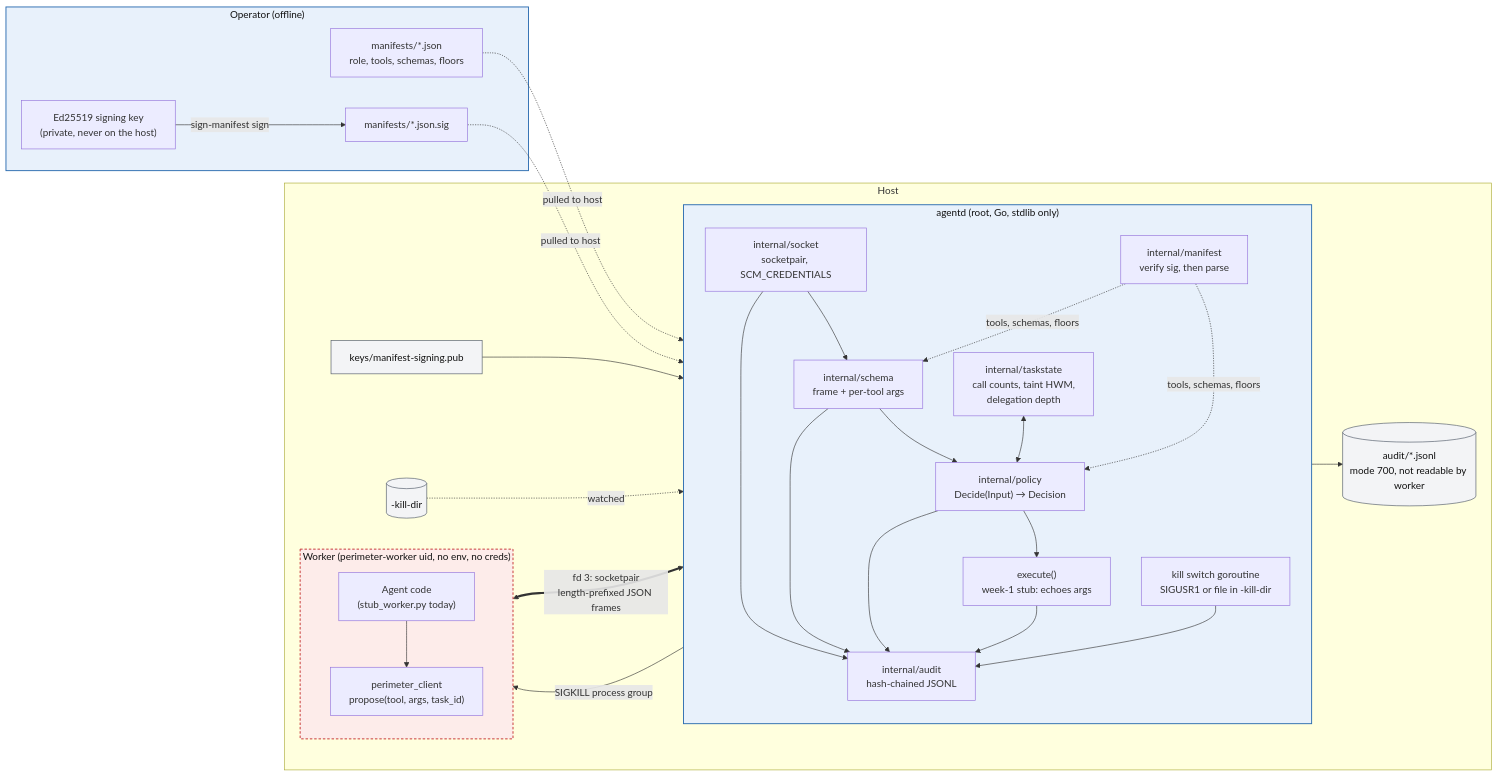
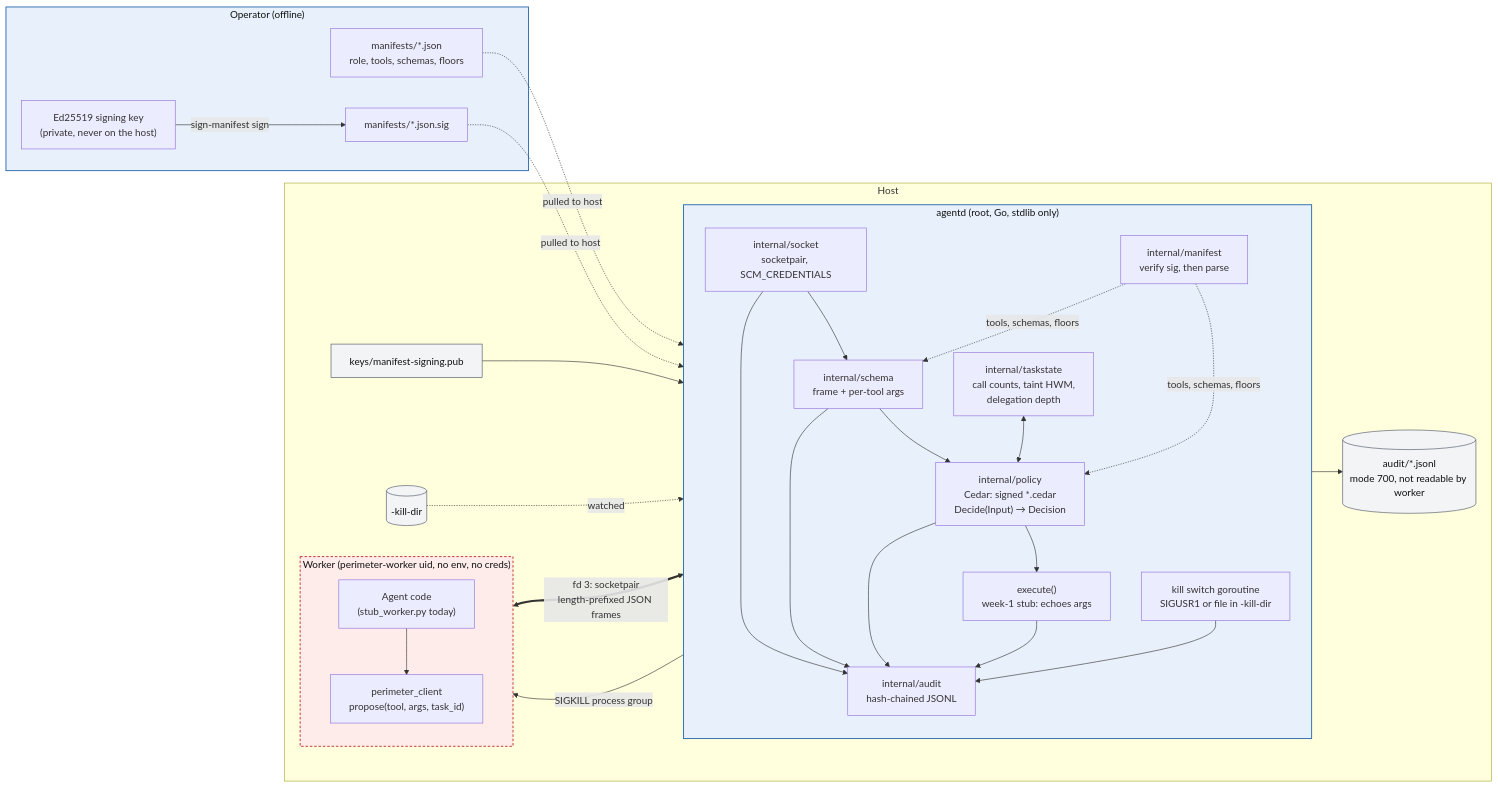
One commit to therealnoof/agent-perimeter- changed the first of 6 diagrams in docs/ARCHITECTURE.md. Above: the diagram before and after it, drawn with Mermaid. The commit also changed other lines of this file and 6 other files, not shown here.

````diff
--- a/docs/ARCHITECTURE.md
+++ b/docs/ARCHITECTURE.md
@@ -18,51 +18,51 @@
 ```mermaid
 flowchart LR
     subgraph OP["Operator (offline)"]
         KEY["Ed25519 signing key<br/>(private, never on the host)"]
         MAN["manifests/*.json<br/>role, tools, schemas, floors"]
         KEY -- "sign-manifest sign" --> SIG["manifests/*.json.sig"]
     end
 
     subgraph HOST["Host"]
         subgraph GOV["agentd (root, Go, stdlib only)"]
             direction TB
             M["internal/manifest<br/>verify sig, then parse"]
             S["internal/socket<br/>socketpair, SCM_CREDENTIALS"]
             SC["internal/schema<br/>frame + per-tool args"]
             TS["internal/taskstate<br/>call counts, taint HWM,<br/>delegation depth"]
-            P["internal/policy<br/>Decide(Input) → Decision"]
+            P["internal/policy<br/>Cedar: signed *.cedar<br/>Decide(Input) → Decision"]
             EX["execute()<br/>week-1 stub: echoes args"]
             A["internal/audit<br/>hash-chained JSONL"]
             KS["kill switch goroutine<br/>SIGUSR1 or file in -kill-dir"]
         end
 
         subgraph WK["Worker (perimeter-worker uid, no env, no creds)"]
             direction TB
             AG["Agent code<br/>(stub_worker.py today)"]
             CL["perimeter_client<br/>propose(tool, args, task_id)"]
             AG --> CL
         end
 
         PUB["keys/manifest-signing.pub"]
         LOG[("audit/*.jsonl<br/>mode 700, not readable by worker")]
         KD[("-kill-dir")]
     end
 
     MAN & SIG -. "pulled to host" .-> M
     PUB --> M
     CL <== "fd 3: socketpair<br/>length-prefixed JSON frames" ==> S
     S --> SC --> P
     TS <--> P
     P --> EX
     M -. "tools, schemas, floors" .-> SC & P
     S & SC & P & EX & KS --> A --> LOG
     KD -. "watched" .-> KS
     KS -- "SIGKILL process group" --> WK
 
     classDef trusted fill:#e8f1fb,stroke:#2b6cb0,stroke-width:1.5px,color:#111;
     classDef untrusted fill:#fdecea,stroke:#c53030,stroke-width:1.5px,stroke-dasharray:4 3,color:#111;
     classDef store fill:#f3f4f6,stroke:#4b5563,color:#111;
     class GOV,OP trusted;
     class WK untrusted;
     class LOG,KD,PUB store;
 ```
````
